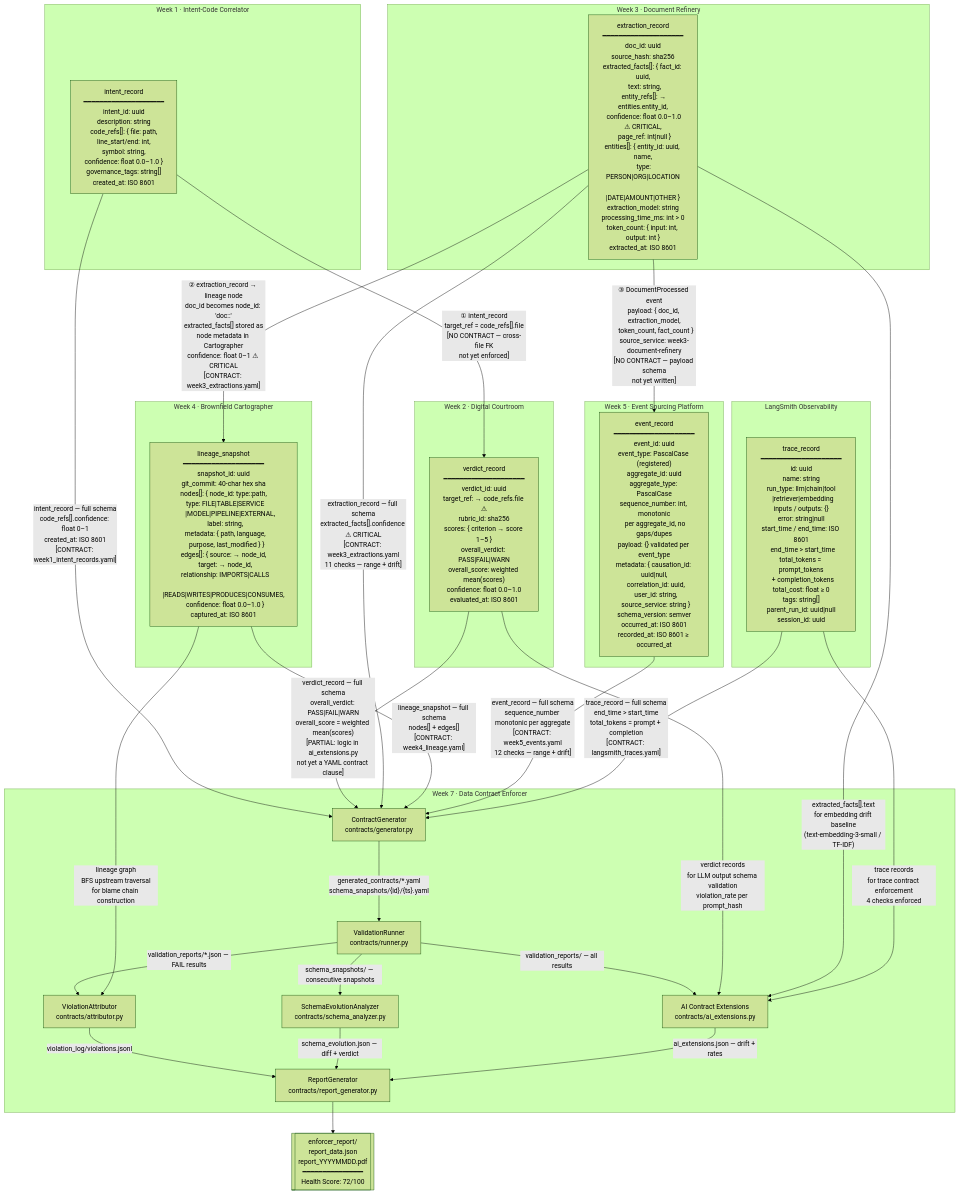
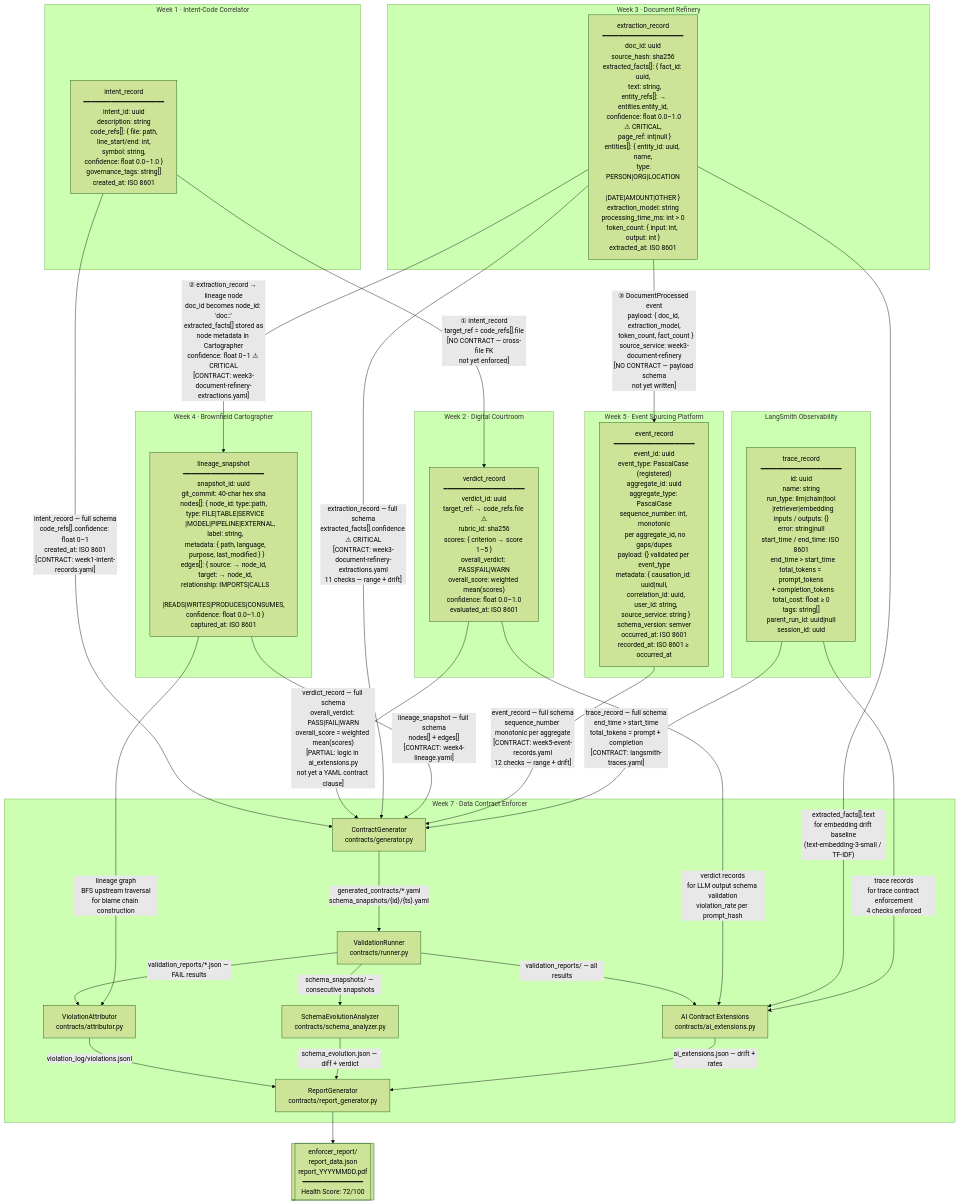
The diagram in thursday_submission.md (mamee13/Data-Contract-Enforcer), drawn with Mermaid (forest theme) before and after one commit. The commit also changed other lines of this file and 38 other files, not shown here.

````diff
--- a/thursday_submission.md
+++ b/thursday_submission.md
@@ -7,81 +7,81 @@
 ```mermaid
 flowchart TD
     %% ── Source systems ──────────────────────────────────────────────────────
 
     subgraph W1["Week 1 · Intent-Code Correlator"]
         W1N["intent_record\n━━━━━━━━━━━━━━━━━━━━\nintent_id: uuid\ndescription: string\ncode_refs[]: { file: path,\n  line_start/end: int,\n  symbol: string,\n  confidence: float 0.0–1.0 }\ngovernance_tags: string[]\ncreated_at: ISO 8601"]
     end
 
     subgraph W2["Week 2 · Digital Courtroom"]
         W2N["verdict_record\n━━━━━━━━━━━━━━━━━━━━\nverdict_id: uuid\ntarget_ref: → code_refs.file ⚠\nrubric_id: sha256\nscores: { criterion → score 1–5 }\noverall_verdict: PASS|FAIL|WARN\noverall_score: weighted mean(scores)\nconfidence: float 0.0–1.0\nevaluated_at: ISO 8601"]
     end
 
     subgraph W3["Week 3 · Document Refinery"]
         W3N["extraction_record\n━━━━━━━━━━━━━━━━━━━━\ndoc_id: uuid\nsource_hash: sha256\nextracted_facts[]: { fact_id: uuid,\n  text: string,\n  entity_refs[]: → entities.entity_id,\n  confidence: float 0.0–1.0 ⚠ CRITICAL,\n  page_ref: int|null }\nentities[]: { entity_id: uuid, name,\n  type: PERSON|ORG|LOCATION\n        |DATE|AMOUNT|OTHER }\nextraction_model: string\nprocessing_time_ms: int > 0\ntoken_count: { input: int, output: int }\nextracted_at: ISO 8601"]
     end
 
     subgraph W4["Week 4 · Brownfield Cartographer"]
         W4N["lineage_snapshot\n━━━━━━━━━━━━━━━━━━━━\nsnapshot_id: uuid\ngit_commit: 40-char hex sha\nnodes[]: { node_id: type::path,\n  type: FILE|TABLE|SERVICE\n        |MODEL|PIPELINE|EXTERNAL,\n  label: string,\n  metadata: { path, language,\n    purpose, last_modified } }\nedges[]: { source: → node_id,\n  target: → node_id,\n  relationship: IMPORTS|CALLS\n    |READS|WRITES|PRODUCES|CONSUMES,\n  confidence: float 0.0–1.0 }\ncaptured_at: ISO 8601"]
     end
 
     subgraph W5["Week 5 · Event Sourcing Platform"]
         W5N["event_record\n━━━━━━━━━━━━━━━━━━━━\nevent_id: uuid\nevent_type: PascalCase (registered)\naggregate_id: uuid\naggregate_type: PascalCase\nsequence_number: int, monotonic\n  per aggregate_id, no gaps/dupes\npayload: {} validated per event_type\nmetadata: { causation_id: uuid|null,\n  correlation_id: uuid,\n  user_id: string,\n  source_service: string }\nschema_version: semver\noccurred_at: ISO 8601\nrecorded_at: ISO 8601 ≥ occurred_at"]
     end
 
     subgraph LS["LangSmith Observability"]
         LSOUT["trace_record\n━━━━━━━━━━━━━━━━━━━━\nid: uuid\nname: string\nrun_type: llm|chain|tool\n  |retriever|embedding\ninputs / outputs: {}\nerror: string|null\nstart_time / end_time: ISO 8601\n  end_time > start_time\ntotal_tokens = prompt_tokens\n  + completion_tokens\ntotal_cost: float ≥ 0\ntags: string[]\nparent_run_id: uuid|null\nsession_id: uuid"]
     end
 
     %% ── Week 7 Enforcer ─────────────────────────────────────────────────────
 
     subgraph W7["Week 7 · Data Contract Enforcer"]
         GEN["ContractGenerator\ncontracts/generator.py"]
         RUN["ValidationRunner\ncontracts/runner.py"]
         ATT["ViolationAttributor\ncontracts/attributor.py"]
         SCH["SchemaEvolutionAnalyzer\ncontracts/schema_analyzer.py"]
         AI["AI Contract Extensions\ncontracts/ai_extensions.py"]
         REP["ReportGenerator\ncontracts/report_generator.py"]
 
         GEN -->|"generated_contracts/*.yaml\nschema_snapshots/{id}/{ts}.yaml"| RUN
         RUN -->|"validation_reports/*.json — FAIL results"| ATT
         RUN -->|"schema_snapshots/ — consecutive snapshots"| SCH
         RUN -->|"validation_reports/ — all results"| AI
         ATT -->|"violation_log/violations.jsonl"| REP
         SCH -->|"schema_evolution.json — diff + verdict"| REP
         AI  -->|"ai_extensions.json — drift + rates"| REP
     end
 
     REPORT[["enforcer_report/\nreport_data.json\nreport_YYYYMMDD.pdf\n━━━━━━━━━━━━━━━\nHealth Score: 72/100"]]
 
     %% ── Inter-system arrows (source systems) ────────────────────────────────
 
     W1N -->|"① intent_record\ntarget_ref = code_refs[].file\n[NO CONTRACT — cross-file FK\nnot yet enforced]"| W2N
 
-    W3N -->|"② extraction_record → lineage node\ndoc_id becomes node_id: 'doc::'\nextracted_facts[] stored as\nnode metadata in Cartographer\nconfidence: float 0–1 ⚠ CRITICAL\n[CONTRACT: week3_extractions.yaml]"| W4N
+    W3N -->|"② extraction_record → lineage node\ndoc_id becomes node_id: 'doc::'\nextracted_facts[] stored as\nnode metadata in Cartographer\nconfidence: float 0–1 ⚠ CRITICAL\n[CONTRACT: week3-document-refinery-extractions.yaml]"| W4N
 
     W3N -->|"③ DocumentProcessed event\npayload: { doc_id, extraction_model,\n  token_count, fact_count }\nsource_service: week3-document-refinery\n[NO CONTRACT — payload schema\nnot yet written]"| W5N
 
     %% ── Feeds into Enforcer ─────────────────────────────────────────────────
 
-    W1N -->|"intent_record — full schema\ncode_refs[].confidence: float 0–1\ncreated_at: ISO 8601\n[CONTRACT: week1_intent_records.yaml]"| GEN
+    W1N -->|"intent_record — full schema\ncode_refs[].confidence: float 0–1\ncreated_at: ISO 8601\n[CONTRACT: week1-intent-records.yaml]"| GEN
 
     W2N -->|"verdict_record — full schema\noverall_verdict: PASS|FAIL|WARN\noverall_score = weighted mean(scores)\n[PARTIAL: logic in ai_extensions.py\nnot yet a YAML contract clause]"| GEN
 
     W2N -->|"verdict records\nfor LLM output schema validation\nviolation_rate per prompt_hash"| AI
 
-    W3N -->|"extraction_record — full schema\nextracted_facts[].confidence ⚠ CRITICAL\n[CONTRACT: week3_extractions.yaml\n11 checks — range + drift]"| GEN
+    W3N -->|"extraction_record — full schema\nextracted_facts[].confidence ⚠ CRITICAL\n[CONTRACT: week3-document-refinery-extractions.yaml\n11 checks — range + drift]"| GEN
 
     W3N -->|"extracted_facts[].text\nfor embedding drift baseline\n(text-embedding-3-small / TF-IDF)"| AI
 
-    W4N -->|"lineage_snapshot — full schema\nnodes[] + edges[]\n[CONTRACT: week4_lineage.yaml]"| GEN
+    W4N -->|"lineage_snapshot — full schema\nnodes[] + edges[]\n[CONTRACT: week4-lineage.yaml]"| GEN
 
     W4N -->|"lineage graph\nBFS upstream traversal\nfor blame chain construction"| ATT
 
-    W5N -->|"event_record — full schema\nsequence_number monotonic per aggregate\n[CONTRACT: week5_events.yaml\n12 checks — range + drift]"| GEN
+    W5N -->|"event_record — full schema\nsequence_number monotonic per aggregate\n[CONTRACT: week5-event-records.yaml\n12 checks — range + drift]"| GEN
 
-    LSOUT -->|"trace_record — full schema\nend_time > start_time\ntotal_tokens = prompt + completion\n[CONTRACT: langsmith_traces.yaml]"| GEN
+    LSOUT -->|"trace_record — full schema\nend_time > start_time\ntotal_tokens = prompt + completion\n[CONTRACT: langsmith-traces.yaml]"| GEN
 
     LSOUT -->|"trace records\nfor trace contract enforcement\n4 checks enforced"| AI
 
     REP --> REPORT
 ```
````
